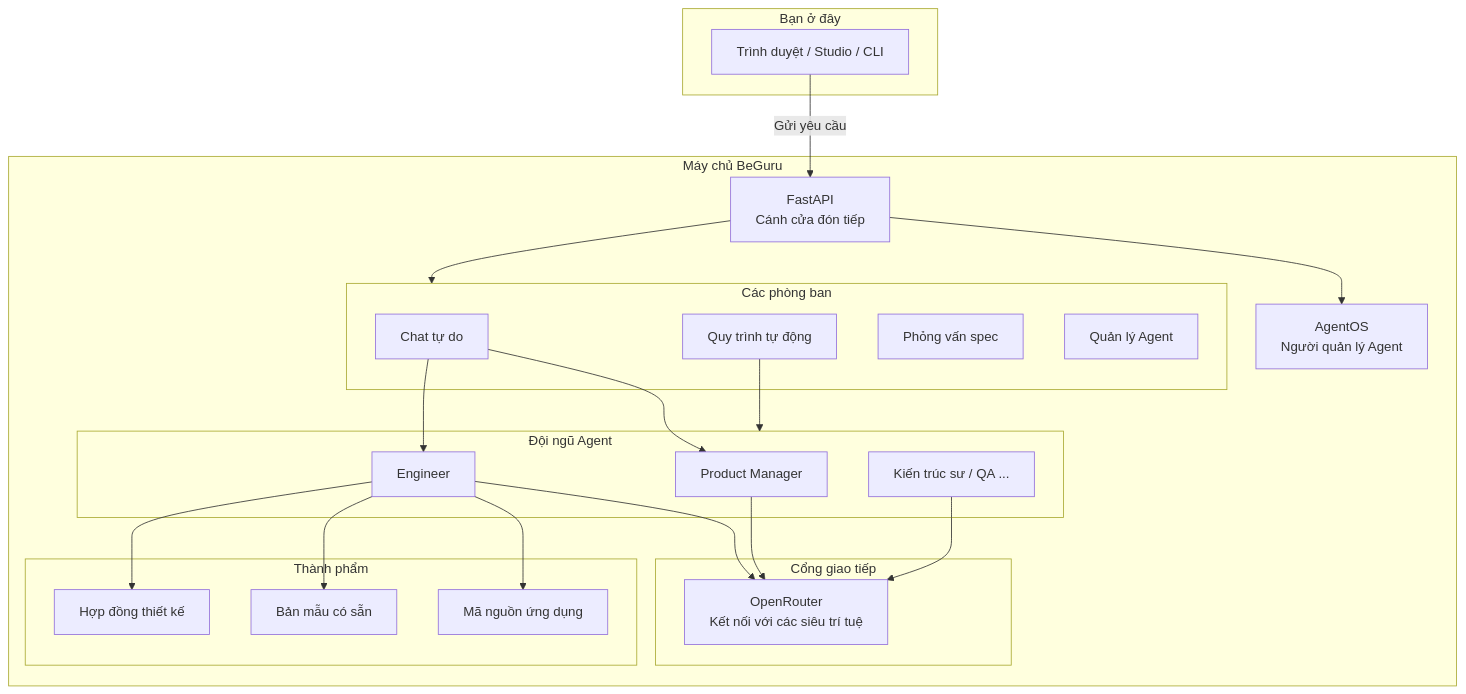
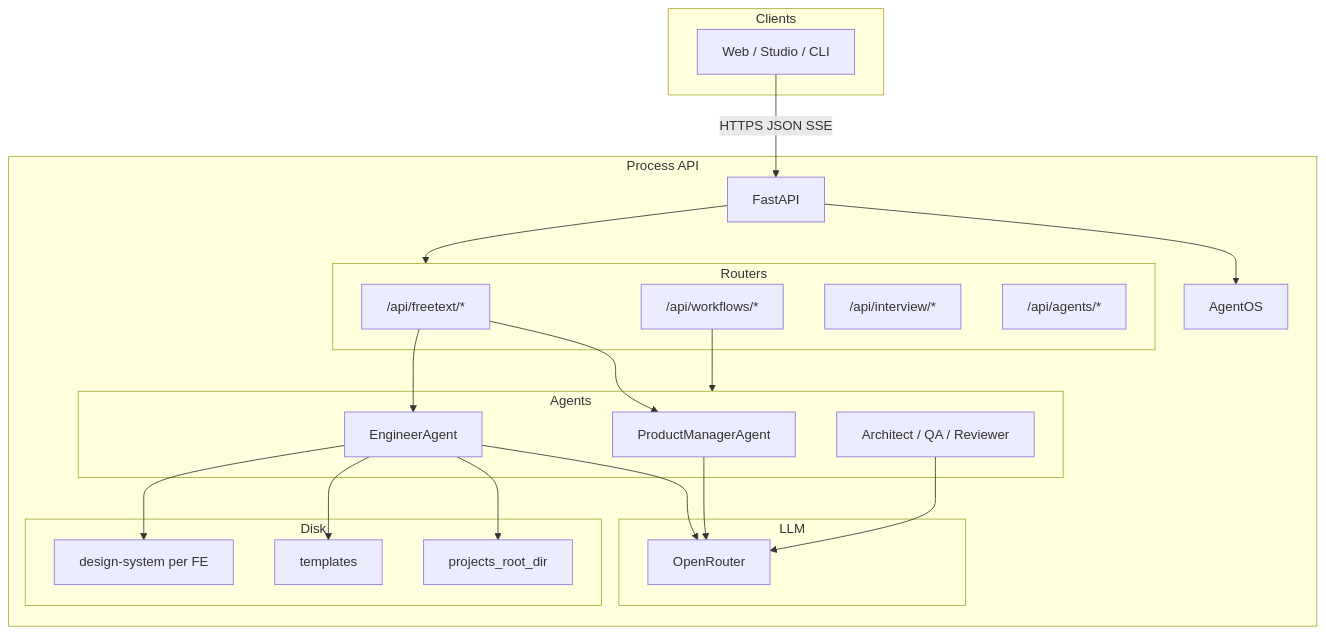
One commit to charlieviettq/charlieviettq.github.io changed the first of 3 diagrams in content/posts/beguru-ai-case-study-runtime-fastapi-agentos.md. Above: the diagram before and after it, drawn with Mermaid. The commit also changed other lines of this file and 5 other files, not shown here.

First line of the commit message:
docs(blog): BeGuru series as Technical Docs with architecture overview

````diff
--- a/content/posts/beguru-ai-case-study-runtime-fastapi-agentos.md
+++ b/content/posts/beguru-ai-case-study-runtime-fastapi-agentos.md
@@ -26,47 +25,47 @@
 ```mermaid
 flowchart TB
-  subgraph clients [Bạn ở đây]
-    UI[Trình duyệt / Studio / CLI]
+  subgraph clients [Clients]
+    UI[Web / Studio / CLI]
   end
 
-  subgraph vps [Máy chủ BeGuru]
-    API[FastAPI\nCánh cửa đón tiếp]
-    OS[AgentOS\nNgười quản lý Agent]
+  subgraph vps [Process API]
+    API[FastAPI]
+    OS[AgentOS]
     API --> OS
 
-    subgraph routes [Các phòng ban]
-      FT["Chat tự do"]
-      WF["Quy trình tự động"]
-      IV["Phỏng vấn spec"]
-      AG["Quản lý Agent"]
+    subgraph routes [Routers]
+      FT["/api/freetext/*"]
+      WF["/api/workflows/*"]
+      IV["/api/interview/*"]
+      AG["/api/agents/*"]
     end
     API --> routes
 
-    subgraph agents [Đội ngũ Agent]
-      PM[Product Manager]
-      EN[Engineer]
-      AR[Kiến trúc sư / QA ...]
+    subgraph agents [Agents]
+      PM[ProductManagerAgent]
+      EN[EngineerAgent]
+      AR[Architect / QA / Reviewer]
     end
     FT --> PM
     FT --> EN
     WF --> agents
 
-    subgraph llm [Cổng giao tiếp]
-      OR[OpenRouter\nKết nối với các siêu trí tuệ]
+    subgraph llm [LLM]
+      OR[OpenRouter]
     end
     PM --> OR
     EN --> OR
     AR --> OR
 
-    subgraph disk [Thành phẩm]
-      PROJ[Mã nguồn ứng dụng]
-      TPL[Bản mẫu có sẵn]
-      DS[Hợp đồng thiết kế]
+    subgraph disk [Disk]
+      PROJ[projects_root_dir]
+      TPL[templates]
+      DS[design-system per FE]
     end
     EN --> PROJ
     EN --> TPL
     EN --> DS
   end
 
-  UI -->|Gửi yêu cầu| API
+  UI -->|HTTPS JSON SSE| API
 ```
````
